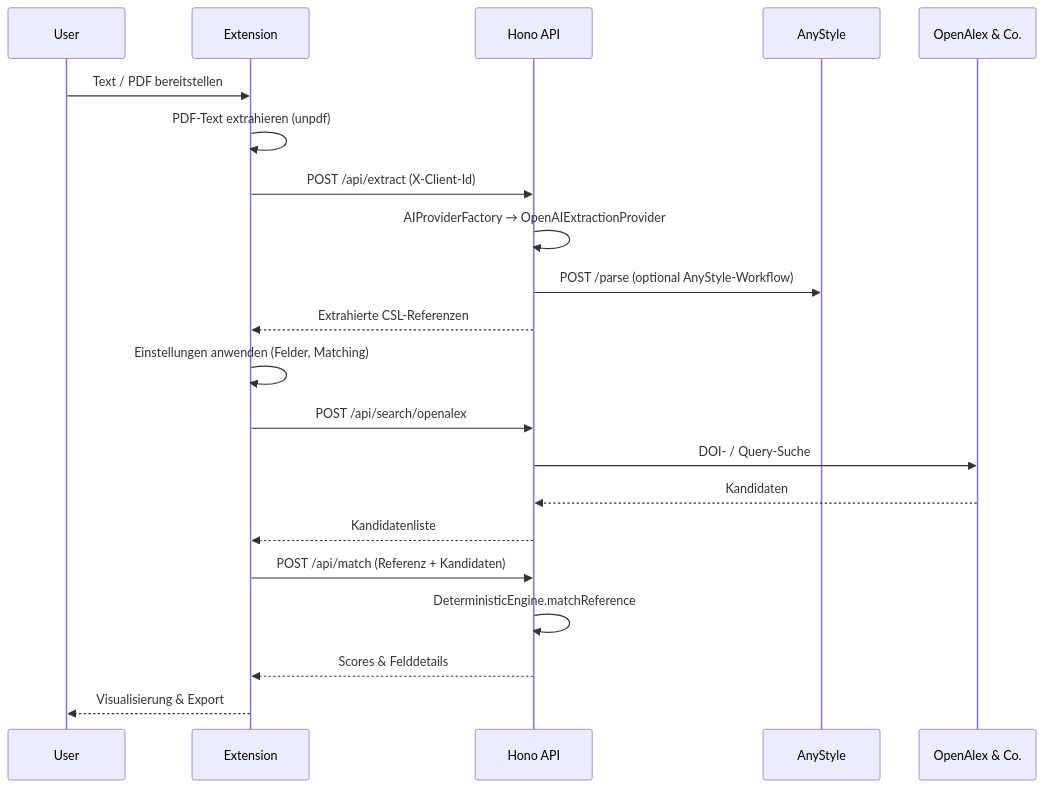
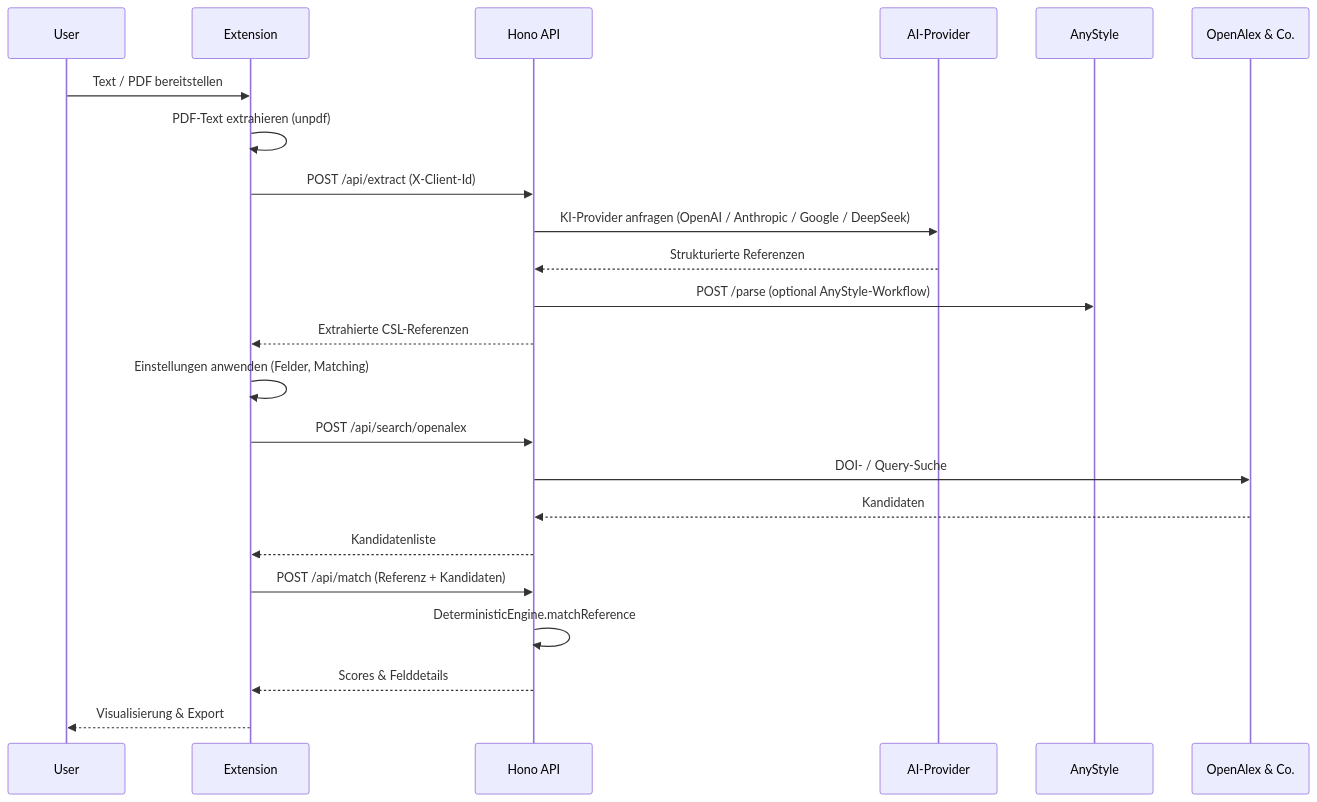
One commit to jeffnawroth/source-taster changed the second of 2 diagrams in apps/docs/de/architecture.md. Above: the diagram before and after it, drawn with Mermaid. The commit also changed other lines of this file and 2 other files, not shown here.

Commit message:
fix: update architecture diagrams to include LLM extraction and AI providers

````diff
--- a/apps/docs/de/architecture.md
+++ b/apps/docs/de/architecture.md
@@ -34,24 +36,26 @@
 ```mermaid
 sequenceDiagram
   participant User
   participant Ext as Extension
   participant API as Hono API
+  participant LLM as AI-Provider
   participant Any as AnyStyle
   participant OA as OpenAlex & Co.
 
   User->>Ext: Text / PDF bereitstellen
   Ext->>Ext: PDF-Text extrahieren (unpdf)
   Ext->>API: POST /api/extract (X-Client-Id)
-  API->>API: AIProviderFactory → OpenAIExtractionProvider
+  API->>LLM: KI-Provider anfragen (OpenAI / Anthropic / Google / DeepSeek)
+  LLM-->>API: Strukturierte Referenzen
   API->>Any: POST /parse (optional AnyStyle-Workflow)
   API-->>Ext: Extrahierte CSL-Referenzen
   Ext->>Ext: Einstellungen anwenden (Felder, Matching)
   Ext->>API: POST /api/search/openalex
   API->>OA: DOI- / Query-Suche
   OA-->>API: Kandidaten
   API-->>Ext: Kandidatenliste
   Ext->>API: POST /api/match (Referenz + Kandidaten)
   API->>API: DeterministicEngine.matchReference
   API-->>Ext: Scores & Felddetails
   Ext-->>User: Visualisierung & Export
 ```
````
